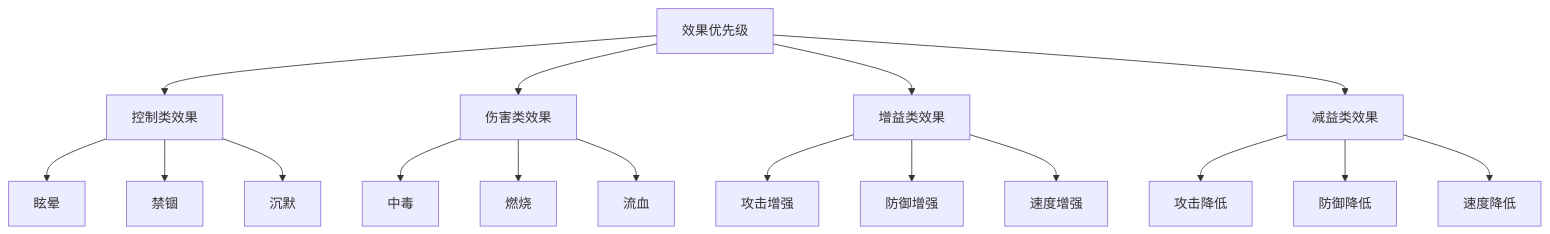
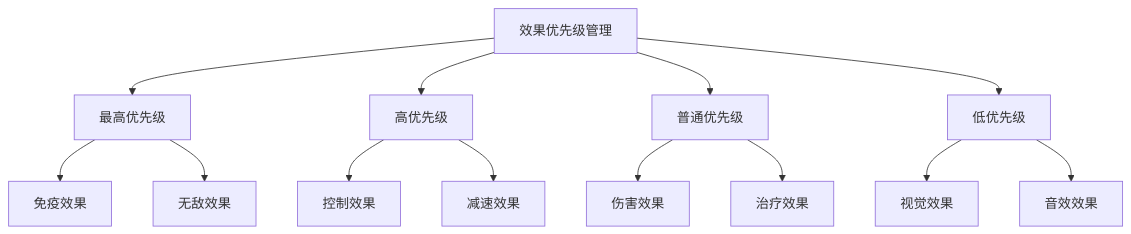
Before and after one commit to usersx/Software-Design-Patterns: the third of 13 diagrams in 重构模式.md, drawn with Mermaid. The commit also changed other lines of this file and 4 other files, not shown here.

````diff
--- a/重构模式.md
+++ b/重构模式.md
@@ -625,23 +720,19 @@
 ```mermaid
 graph TD
-    A[效果优先级] --> B[控制类效果]
-    A --> C[伤害类效果]
-    A --> D[增益类效果]
-    A --> E[减益类效果]
+    A[效果优先级管理] --> B[最高优先级]
+    A --> C[高优先级]
+    A --> D[普通优先级]
+    A --> E[低优先级]
     
-    B --> B1[眩晕]
-    B --> B2[禁锢]
-    B --> B3[沉默]
+    B --> F[免疫效果]
+    B --> G[无敌效果]
     
-    C --> C1[中毒]
-    C --> C2[燃烧]
-    C --> C3[流血]
+    C --> H[控制效果]
+    C --> I[减速效果]
     
-    D --> D1[攻击增强]
-    D --> D2[防御增强]
-    D --> D3[速度增强]
+    D --> J[伤害效果]
+    D --> K[治疗效果]
     
-    E --> E1[攻击降低]
-    E --> E2[防御降低]
-    E --> E3[速度降低]
+    E --> L[视觉效果]
+    E --> M[音效效果]
 ```
````
